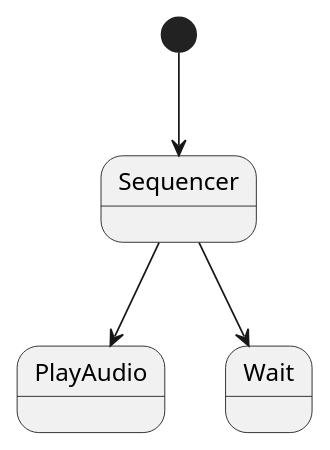
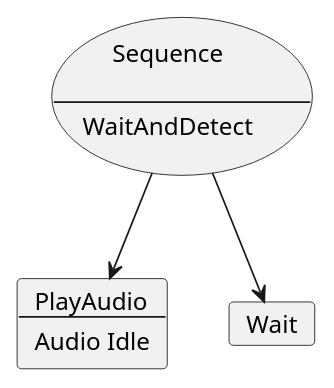
Before and after one commit to onedeo/Portfolio: the diagram in 04. Portfolio/개발문서/BehaviourTree/NoDetectPlayer/WaitDetection.puml, drawn with PlantUML. The commit also changed 98 other files, not shown here.

```diff
--- a/04. Portfolio/개발문서/BehaviourTree/NoDetectPlayer/WaitDetection.puml
+++ b/04. Portfolio/개발문서/BehaviourTree/NoDetectPlayer/WaitDetection.puml
@@ -1,7 +1,19 @@
 @startuml
 
-[*]-->Sequencer
-Sequencer-->PlayAudio
-Sequencer-->Wait
+usecase Sequence[
+    Sequence
+    
+    ---
+    WaitAndDetect
+]
+card PlayAudio[
+    PlayAudio
+    ---
+    Audio Idle
+]
+card Wait
+
+Sequence-->PlayAudio
+Sequence-->Wait
 
 @enduml
```
